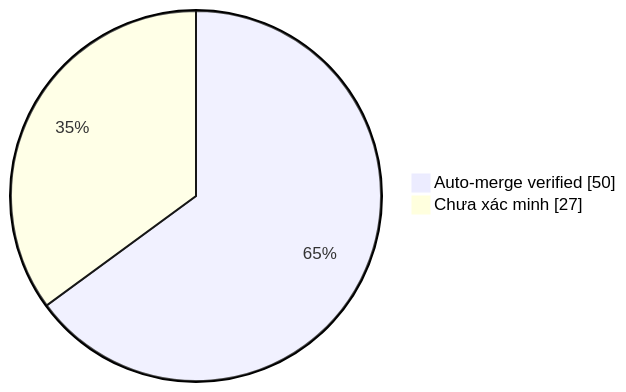
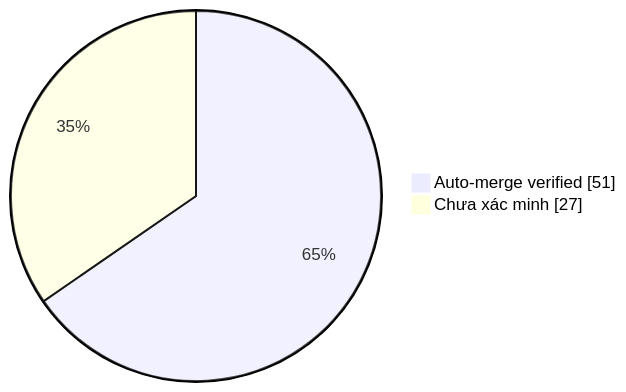
One commit to duykhang68/tetdinhmuiblog changed the diagram in collector.md. Above: the diagram before and after it, drawn with Mermaid. The commit also changed other lines of this file and 1 other file, not shown here.

Commit message:
docs(collector): update auto-merge evidence dashboard

````diff
--- a/collector.md
+++ b/collector.md
@@ -22,5 +22,5 @@
 ```mermaid
 pie showData
-    "Auto-merge verified" : 50
+    "Auto-merge verified" : 51
     "Chưa xác minh" : 27
 ```
````
